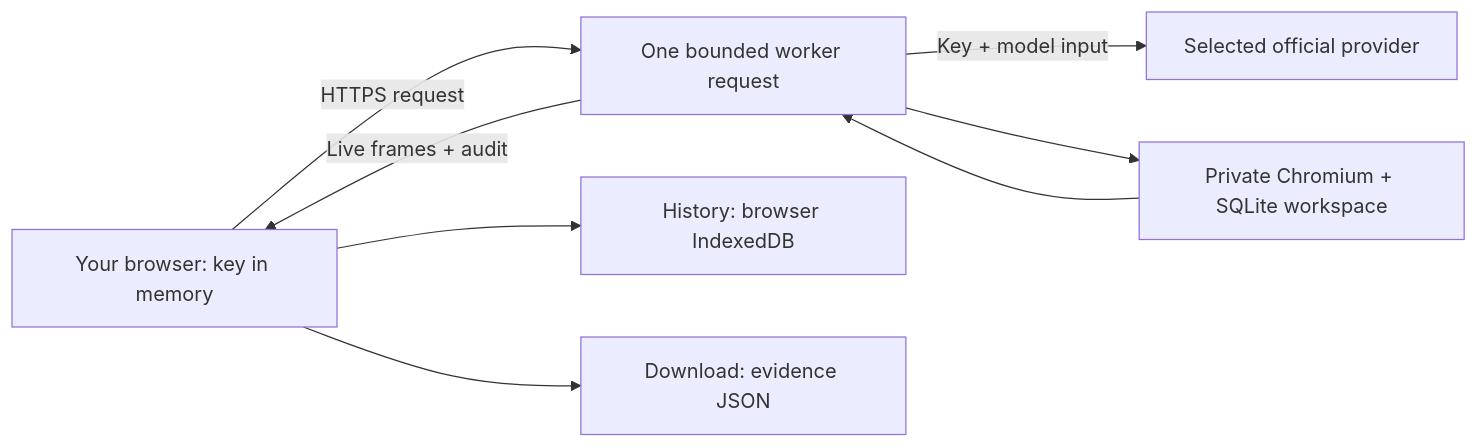
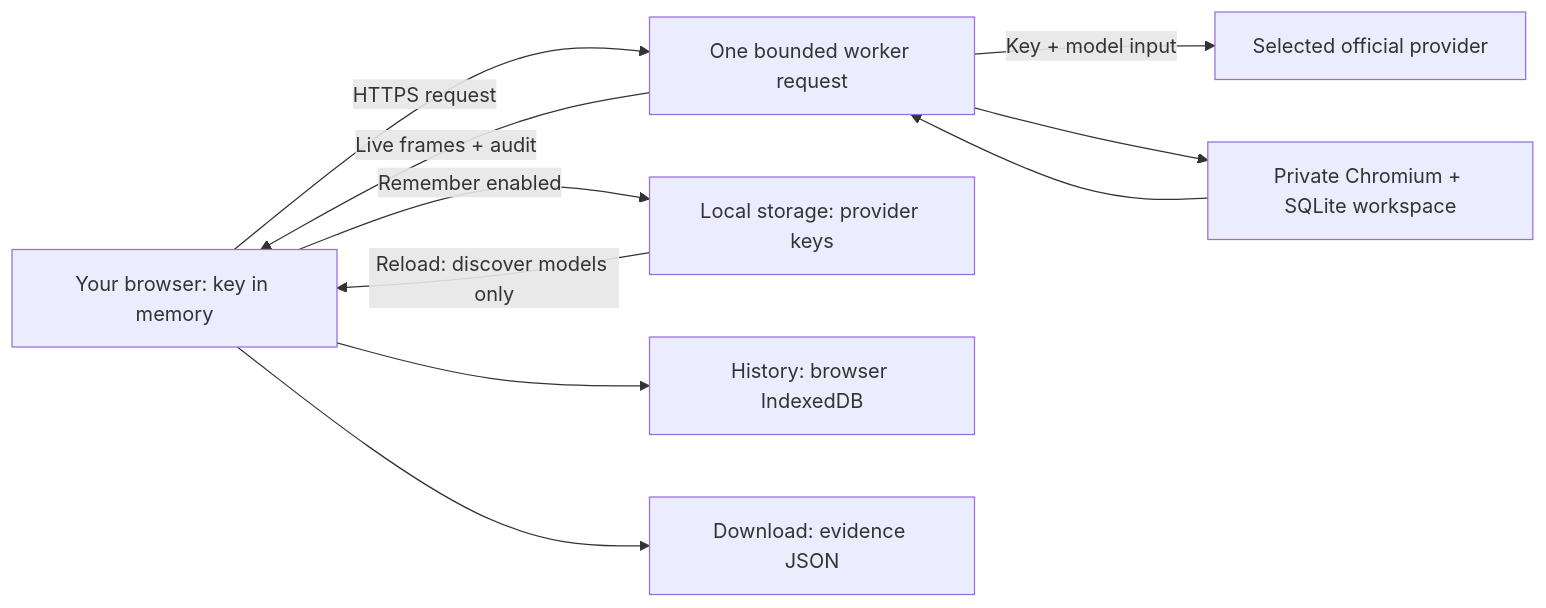
Before and after one commit to Kevin-Liu-01/Relay: the diagram in docs/hosting.md, drawn with Mermaid. The commit also changed other lines of this file and 48 other files, not shown here.

Commit message:
feat: remember provider keys locally with explicit controls

````diff
--- a/docs/hosting.md
+++ b/docs/hosting.md
@@ -25,10 +25,12 @@
 ```mermaid
 flowchart LR
   B[Your browser: key in memory] -->|HTTPS request| F[One bounded worker request]
+  B -->|Remember enabled| K[Local storage: provider keys]
+  K -->|Reload: discover models only| B
   F -->|Key + model input| P[Selected official provider]
   F --> W[Private Chromium + SQLite workspace]
   W --> F
   F -->|Live frames + audit| B
   B --> I[History: browser IndexedDB]
   B --> D[Download: evidence JSON]
 ```
````
